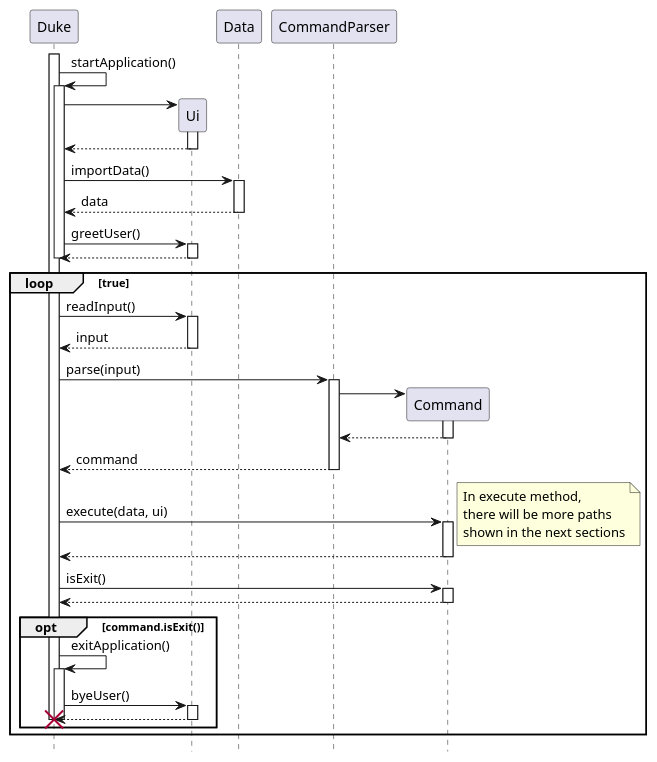
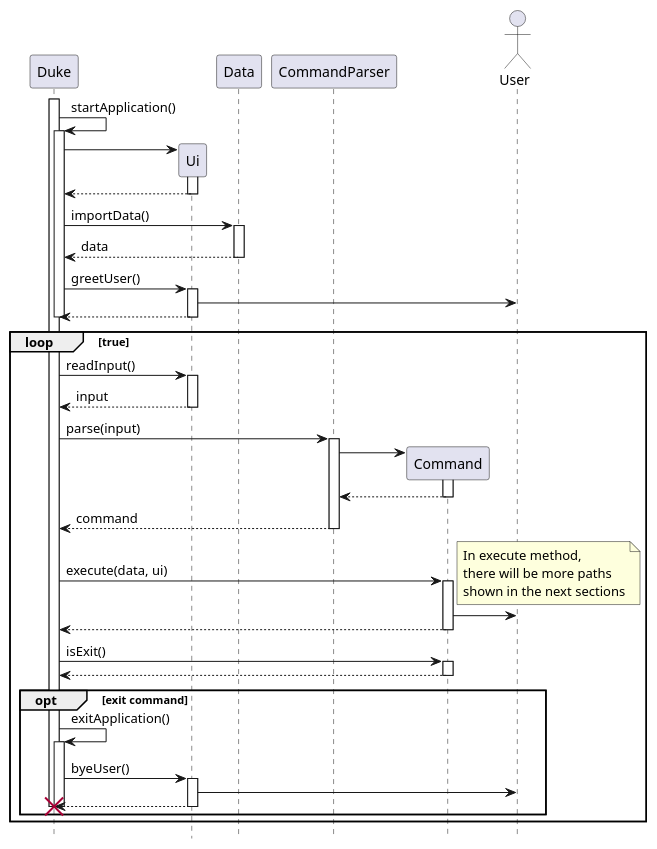
One commit to stephenkyang/tp changed the diagram in docs/diagrams/MainSequence.puml. Above: the diagram before and after it, drawn with PlantUML. The commit also changed 13 other files, not shown here.

Commit message:
Update developer guide and diagrams

```diff
--- a/docs/diagrams/MainSequence.puml
+++ b/docs/diagrams/MainSequence.puml
@@ -1,77 +1,88 @@
-@startuml Main
+@startuml
 hide footbox
+
 participant Duke
 participant Ui
 participant Data
 participant CommandParser
 participant Command
+actor User
 
 activate Duke
 
 Duke -> Duke: startApplication()
 activate Duke
 
 Duke -> Ui **
 activate Ui
 Ui --> Duke
 deactivate Ui
 
 Duke -> Data: importData()
 activate Data
 Data --> Duke: data
 deactivate Data
 
 Duke -> Ui: greetUser()
 activate Ui
+
+Ui -> User
+
 Ui --> Duke
 deactivate Ui
 
 deactivate Duke
+
+' End of initialization
 
 loop true
 
 Duke -> Ui: readInput()
 activate Ui
 Ui --> Duke: input
 deactivate Ui
 
 Duke -> CommandParser: parse(input)
 activate CommandParser
 
 CommandParser -> Command **
 activate Command
 Command --> CommandParser
 deactivate Command
 CommandParser --> Duke: command
 deactivate CommandParser
 
 Duke -> Command: execute(data, ui)
+
 note right
 In execute method,
 there will be more paths
 shown in the next sections
 end note
+
 activate Command
+Command -> User
 Command --> Duke
 deactivate Command
 
 Duke -> Command: isExit()
 activate Command
 Command --> Duke
 deactivate Command
 
-opt command.isExit()
+opt exit command
 
 Duke -> Duke: exitApplication()
 activate Duke
 Duke -> Ui: byeUser()
 activate Ui
+
+Ui -> User
+
 Ui --> Duke !!
 deactivate Ui
 deactivate Duke
 
 end
 end
-deactivate Duke
-
 @enduml
```
